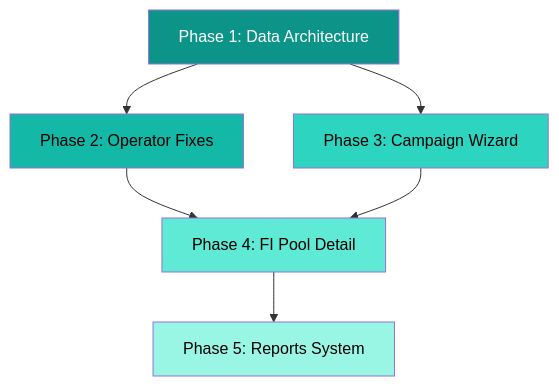
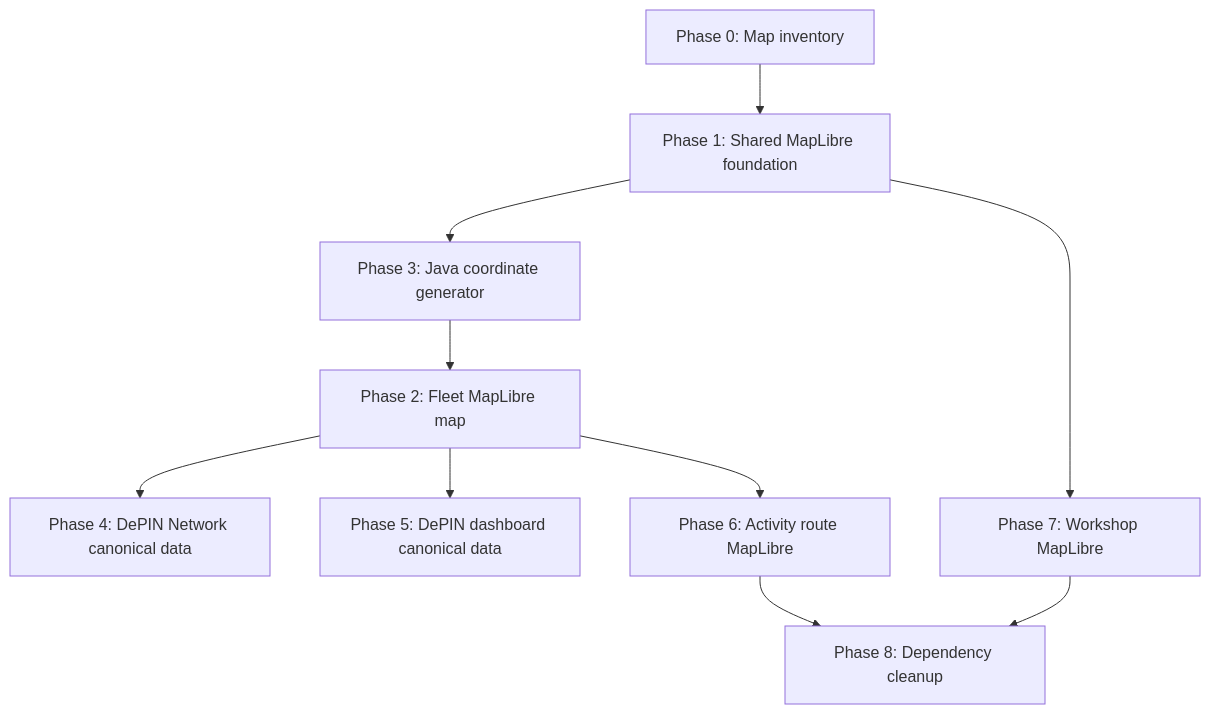
Before and after one commit to RioSudrajat/Nemesis-Protocol: the diagram in docs/implementation_plan.md, drawn with Mermaid. The commit also changed other lines of this file and 25 other files, not shown here.

````diff
--- a/docs/implementation_plan.md
+++ b/docs/implementation_plan.md
@@ -475,14 +429,12 @@
 ```mermaid
 graph TD
-    P1[Phase 1: Data Architecture] --> P2[Phase 2: Operator Fixes]
-    P1 --> P3[Phase 3: Campaign Wizard]
-    P2 --> P4[Phase 4: FI Pool Detail]
-    P3 --> P4
-    P4 --> P5[Phase 5: Reports System]
-
-    style P1 fill:#0D9488,color:#fff
-    style P2 fill:#14B8A6,color:#000
-    style P3 fill:#2DD4BF,color:#000
-    style P4 fill:#5EEAD4,color:#000
-    style P5 fill:#99F6E4,color:#000
+  P0["Phase 0: Map inventory"] --> P1["Phase 1: Shared MapLibre foundation"]
+  P1 --> P3["Phase 3: Java coordinate generator"]
+  P3 --> P2["Phase 2: Fleet MapLibre map"]
+  P2 --> P4["Phase 4: DePIN Network canonical data"]
+  P2 --> P5["Phase 5: DePIN dashboard canonical data"]
+  P2 --> P6["Phase 6: Activity route MapLibre"]
+  P1 --> P7["Phase 7: Workshop MapLibre"]
+  P6 --> P8["Phase 8: Dependency cleanup"]
+  P7 --> P8
 ```
````
